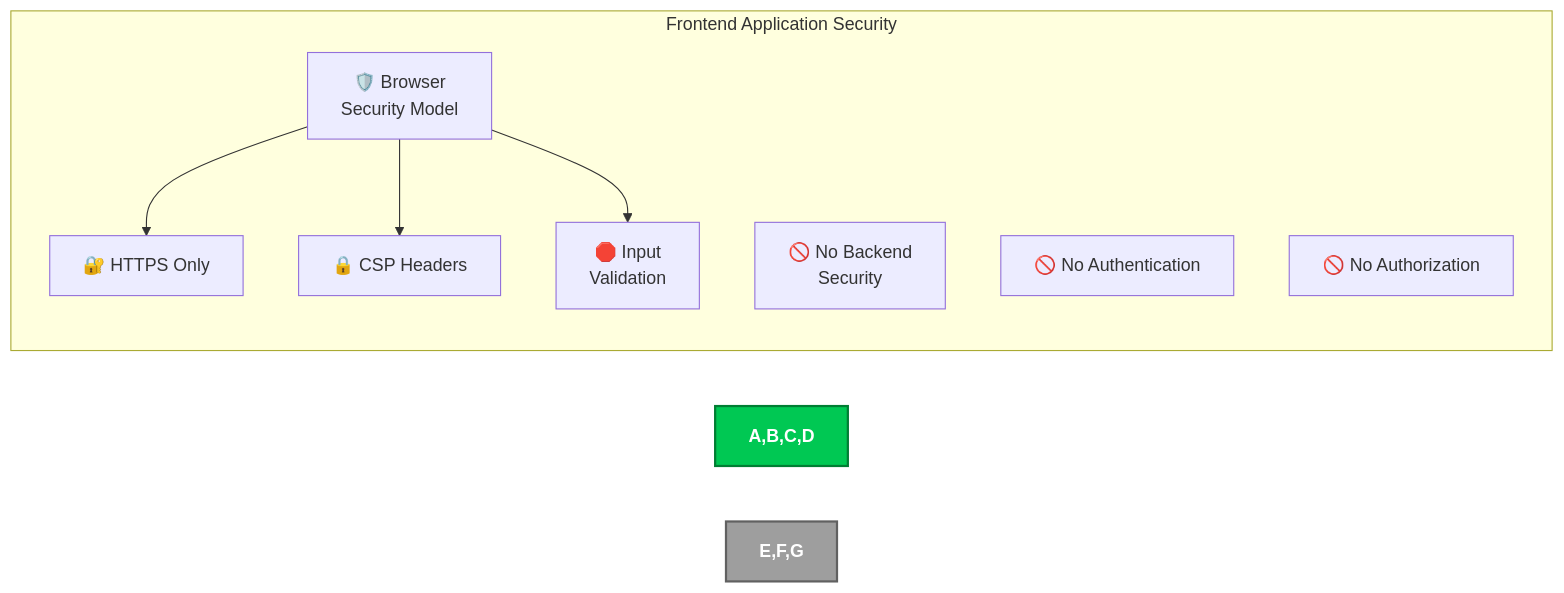
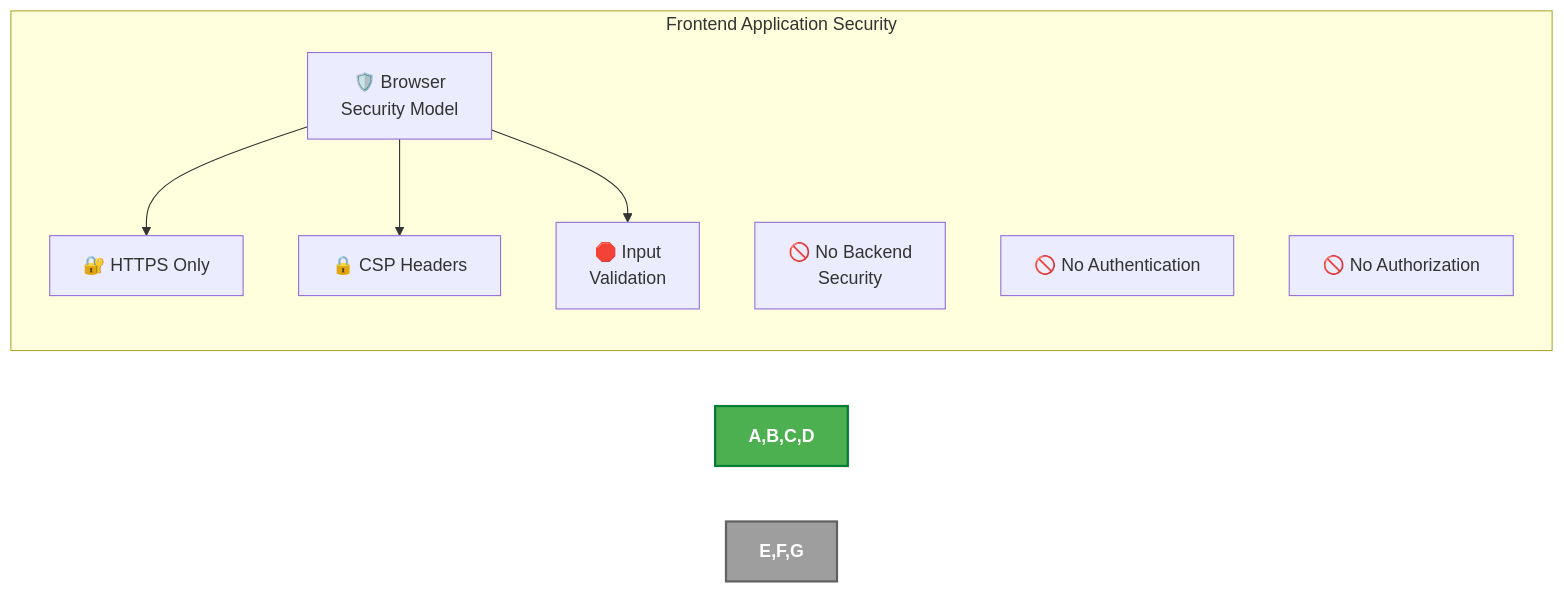
One commit to step-security-bot/cia-compliance-manager changed diagram 17 of 32 in docs/architecture/SECURITY_ARCHITECTURE.md. Above: the diagram before and after it, drawn with Mermaid. The commit also changed other lines of this file and 27 other files, not shown here.

First line of the commit message:
fix: resolve broken mermaid diagrams and improve color coding to match ISMS style guide (#1106)

````diff
--- a/docs/architecture/SECURITY_ARCHITECTURE.md
+++ b/docs/architecture/SECURITY_ARCHITECTURE.md
@@ -1241,15 +1241,15 @@
 ```mermaid
 flowchart LR
     subgraph "Frontend Application Security"
         A[🛡️ Browser<br>Security Model] --> B[🔐 HTTPS Only]
         A --> C[🔒 CSP Headers]
         A --> D[🛑 Input<br>Validation]
 
         E[🚫 No Backend<br>Security]
         F[🚫 No Authentication]
         G[🚫 No Authorization]
     end
 
-    style A,B,C,D fill:#00C853,stroke:#007E33,stroke-width:2px,color:white,font-weight:bold
+    style A,B,C,D fill:#4CAF50,stroke:#007E33,stroke-width:2px,color:white,font-weight:bold
     style E,F,G fill:#9E9E9E,stroke:#616161,stroke-width:2px,color:white,font-weight:bold
 ```
````
